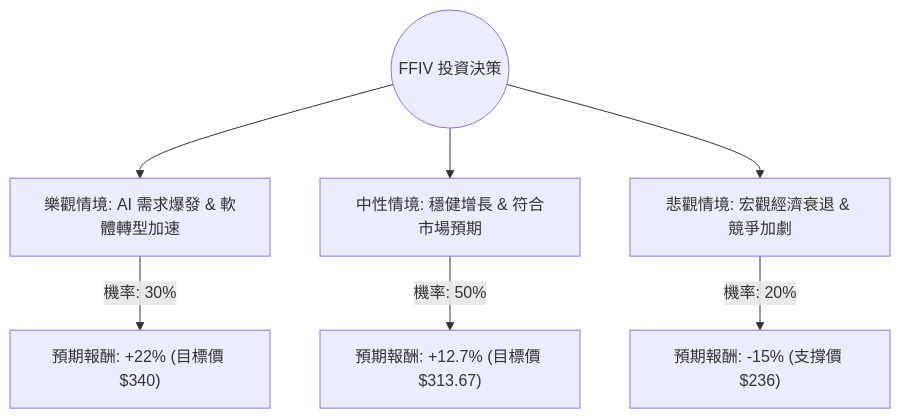
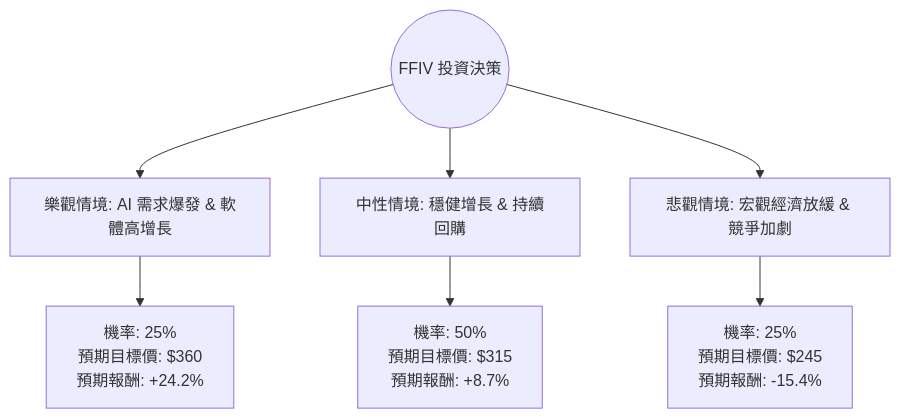
Before and after one commit to zmcx16/zmcx16.github.io: the diagram in plugin-react/ai-analysis/ev-analysis/FFIV.md, drawn with Mermaid. The commit also changed other lines of this file and 80 other files, not shown here.

````diff
--- a/plugin-react/ai-analysis/ev-analysis/FFIV.md
+++ b/plugin-react/ai-analysis/ev-analysis/FFIV.md
@@ -19,10 +19,10 @@
 ```mermaid
 graph TD
-    Start((FFIV 投資決策)) --> Bull[樂觀情境: AI 需求爆發 & 軟體轉型加速]
-    Start --> Base[中性情境: 穩健增長 & 符合市場預期]
-    Start --> Bear[悲觀情境: 宏觀經濟衰退 & 競爭加劇]
+    Start((FFIV 投資決策)) --> Bull[樂觀情境: AI 需求爆發 & 軟體高增長]
+    Start --> Base[中性情境: 穩健增長 & 持續回購]
+    Start --> Bear[悲觀情境: 宏觀經濟放緩 & 競爭加劇]
 
-    Bull -- "機率: 30%" --> BullResult["預期報酬: +22% (目標價 $340)"]
-    Base -- "機率: 50%" --> BaseResult["預期報酬: +12.7% (目標價 $313.67)"]
-    Bear -- "機率: 20%" --> BearResult["預期報酬: -15% (支撐價 $236)"]
+    Bull --> Bull_Val[機率: 25% <br/> 預期目標價: $360 <br/> 預期報酬: +24.2%]
+    Base --> Base_Val[機率: 50% <br/> 預期目標價: $315 <br/> 預期報酬: +8.7%]
+    Bear --> Bear_Val[機率: 25% <br/> 預期目標價: $245 <br/> 預期報酬: -15.4%]
 ```
````
